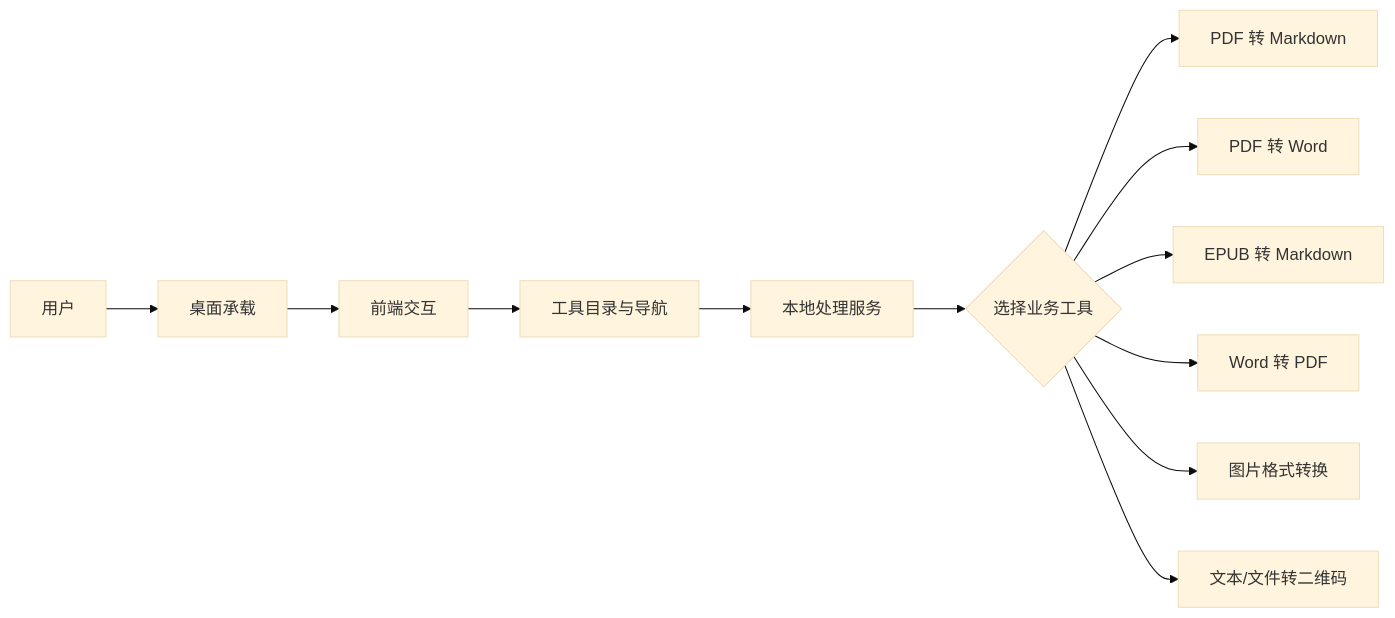
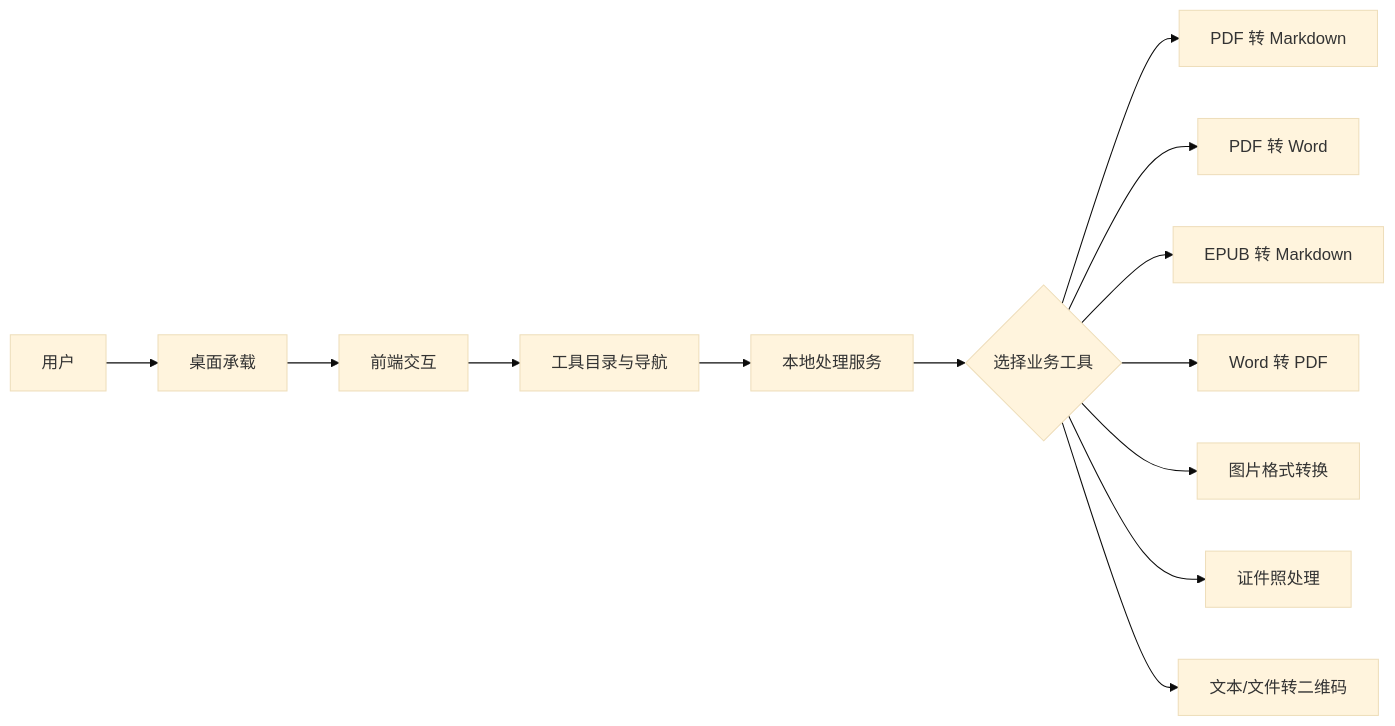
One commit to ddll8023/tools changed the first of 8 diagrams in doc/模块说明文档.md. Above: the diagram before and after it, drawn with Mermaid (base theme). The commit also changed other lines of this file and 20 other files, not shown here.

````diff
--- a/doc/模块说明文档.md
+++ b/doc/模块说明文档.md
@@ -287,14 +309,15 @@
 ```mermaid
 flowchart LR
     User[用户] --> Shell[桌面承载]
     Shell --> UI[前端交互]
     UI --> Catalog[工具目录与导航]
     Catalog --> Service[本地处理服务]
     Service --> Select{选择业务工具}
     Select --> PDF[PDF 转 Markdown]
     Select --> PDFWORD[PDF 转 Word]
     Select --> EPUB[EPUB 转 Markdown]
     Select --> WORD[Word 转 PDF]
     Select --> IMAGE[图片格式转换]
+    Select --> IDPHOTO[证件照处理]
     Select --> QRCODE[文本/文件转二维码]
 ```
````
